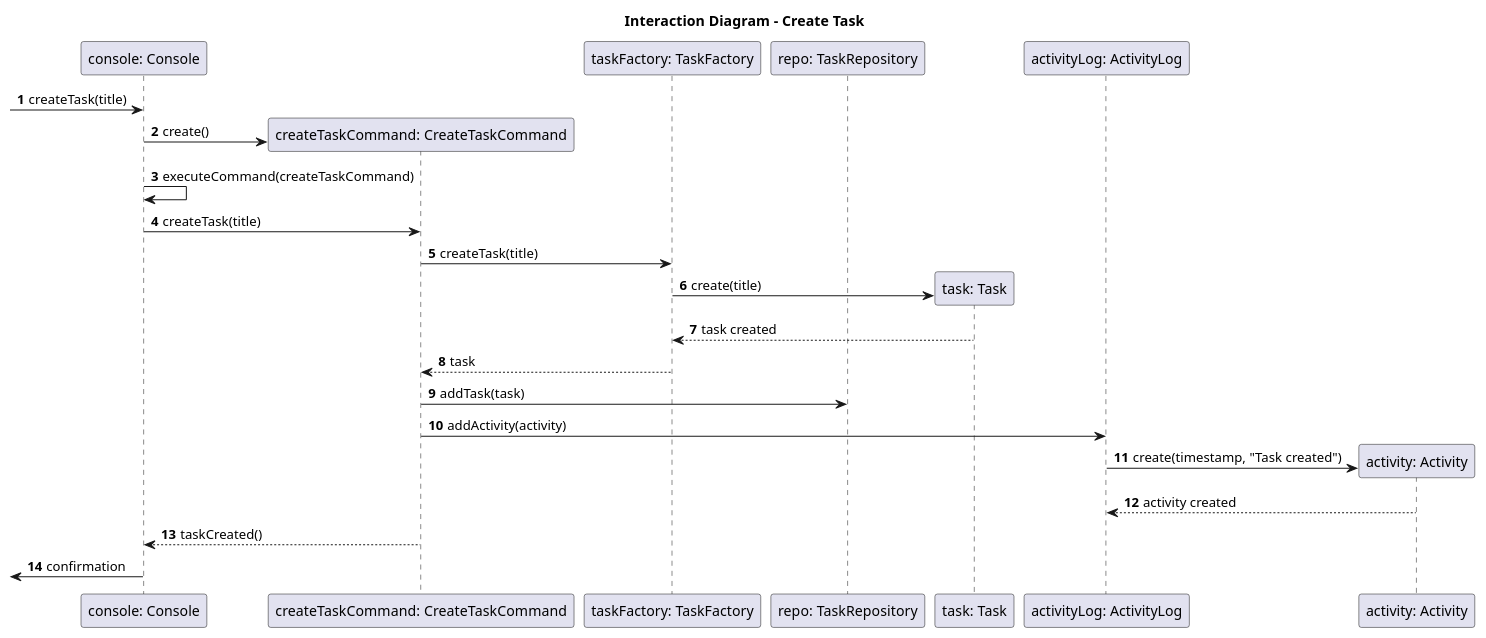
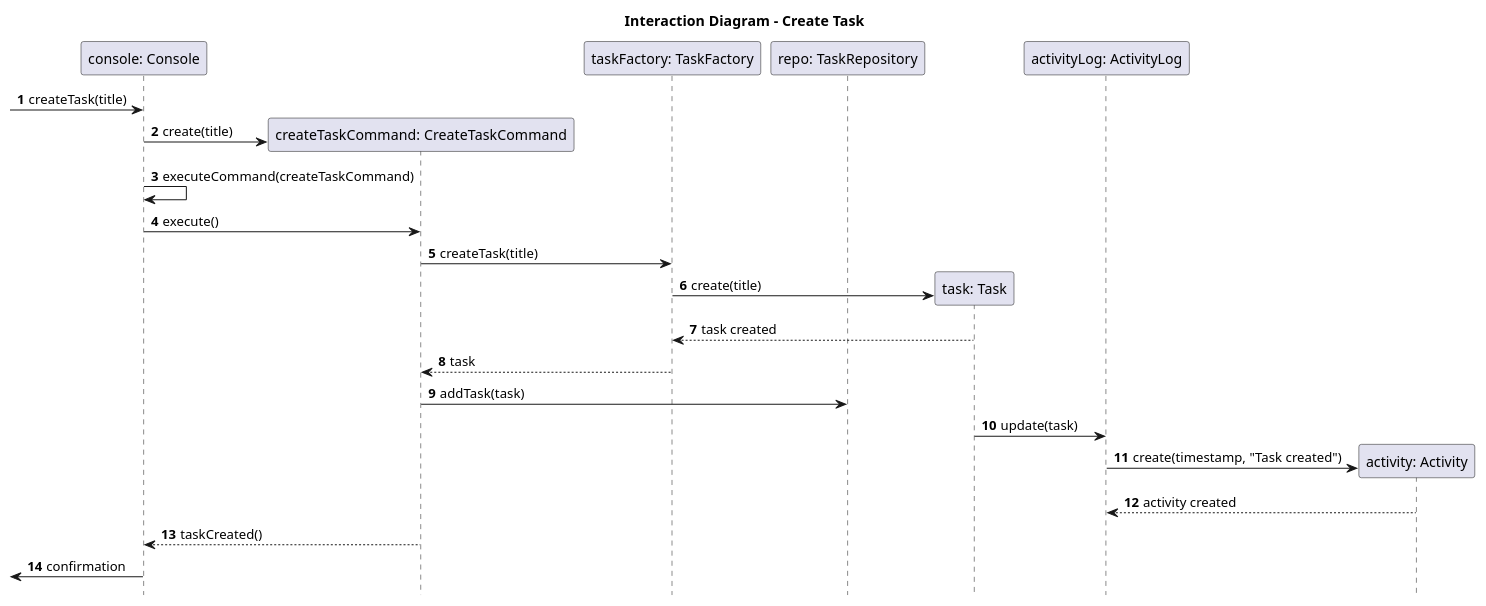
One commit to t-mandam/SOEN_342_Group_Project changed the diagram in Iteration_02/Interaction Diagram/create_task_sd.plantuml. Above: the diagram before and after it, drawn with PlantUML. The commit also changed 7 other files, not shown here.

First line of the commit message:
Updated interaction diagrams

```diff
--- a/Iteration_02/Interaction Diagram/create_task_sd.plantuml
+++ b/Iteration_02/Interaction Diagram/create_task_sd.plantuml
@@ -1,35 +1,36 @@
 @startuml
 title Interaction Diagram - Create Task
 autonumber
+hide footbox
 
 participant "console: Console" as console
 participant "createTaskCommand: CreateTaskCommand" as createTaskCommand
 participant "taskFactory: TaskFactory" as taskFactory
 participant "repo: TaskRepository" as repo
 participant "task: Task" as task
 participant "activityLog: ActivityLog" as activityLog
 participant "activity: Activity" as activity
 
 [-> console : createTask(title)
 
 create createTaskCommand
-console -> createTaskCommand : create()
+console -> createTaskCommand : create(title)
 console -> console : executeCommand(createTaskCommand)
-console -> createTaskCommand : createTask(title)
+console -> createTaskCommand : execute()
 
 createTaskCommand -> taskFactory : createTask(title)
 create task
 taskFactory -> task : create(title)
 task --> taskFactory : task created
 taskFactory --> createTaskCommand : task
 
 createTaskCommand -> repo : addTask(task)
 
-createTaskCommand -> activityLog : addActivity(activity)
+task -> activityLog : update(task)
 create activity
 activityLog -> activity : create(timestamp, "Task created")
 activity --> activityLog : activity created
 
 createTaskCommand --> console : taskCreated()
 [<- console : confirmation
 @enduml
```
